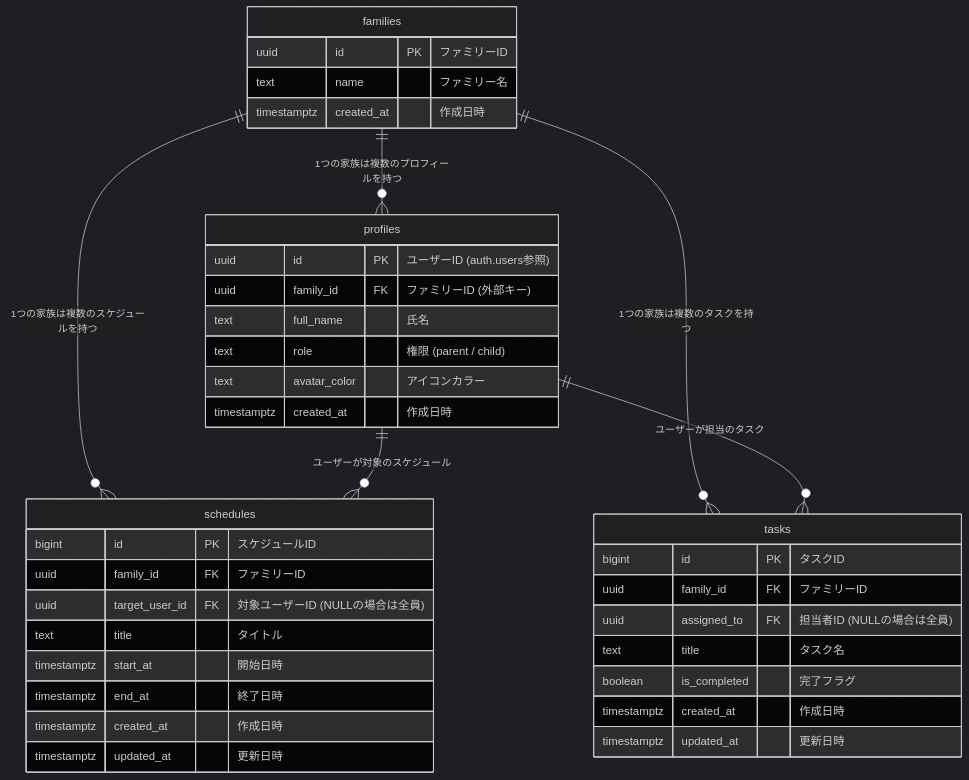
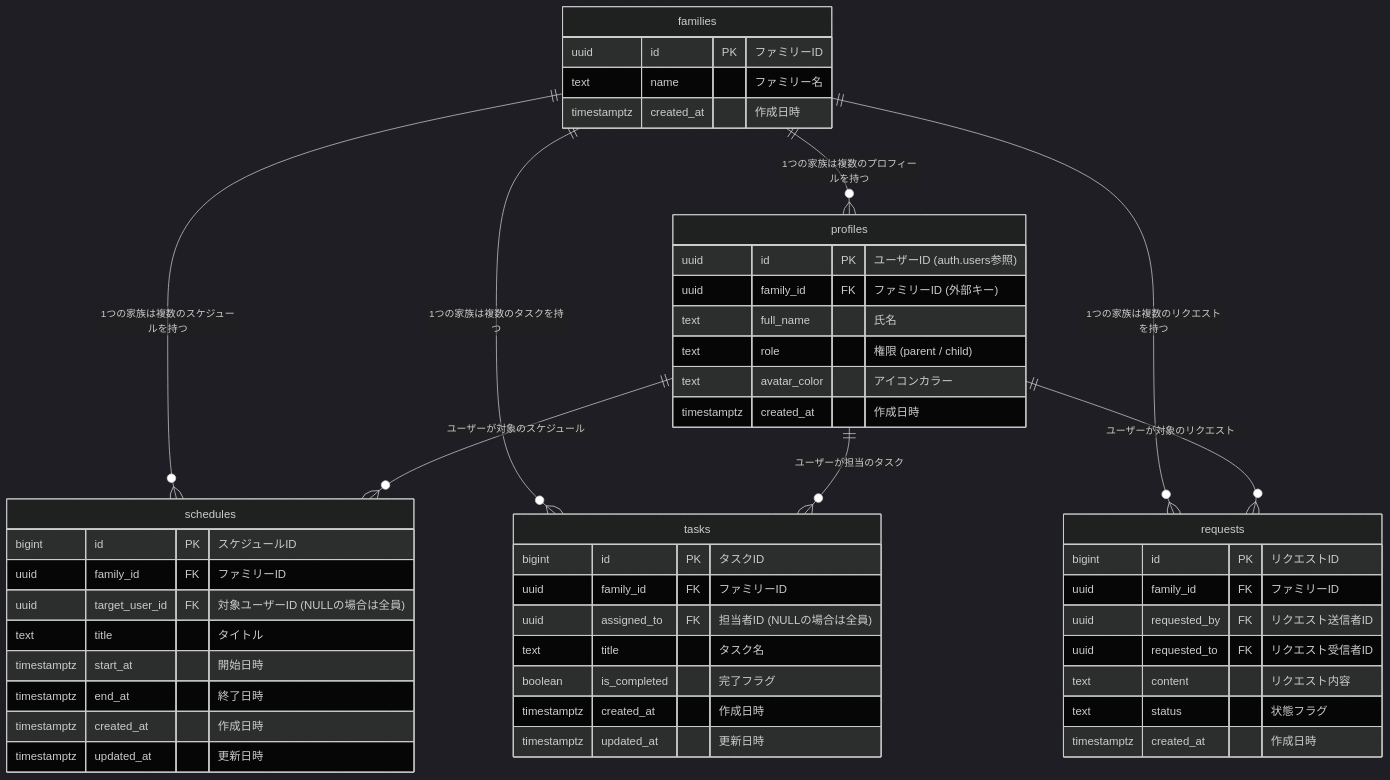
The diagram in README.md (yun-0312/my-time), drawn with Mermaid (dark theme) before and after one commit. The commit also changed other lines of this file and 1 other file, not shown here.

Commit message:
ReadMe修正

````diff
--- a/README.md
+++ b/README.md
@@ -81,46 +81,58 @@
 ```mermaid
 erDiagram
 
 families {
         uuid id PK "ファミリーID"
         text name "ファミリー名"
         timestamptz created_at "作成日時"
     }
 
     profiles {
         uuid id PK "ユーザーID (auth.users参照)"
         uuid family_id FK "ファミリーID (外部キー)"
         text full_name "氏名"
         text role "権限 (parent / child)"
         text avatar_color "アイコンカラー"
         timestamptz created_at "作成日時"
     }
 
     schedules {
         bigint id PK "スケジュールID"
         uuid family_id FK "ファミリーID"
         uuid target_user_id FK "対象ユーザーID (NULLの場合は全員)"
         text title "タイトル"
         timestamptz start_at "開始日時"
         timestamptz end_at "終了日時"
         timestamptz created_at "作成日時"
         timestamptz updated_at "更新日時"
     }
 
     tasks {
         bigint id PK "タスクID"
         uuid family_id FK "ファミリーID"
         uuid assigned_to FK "担当者ID (NULLの場合は全員)"
         text title "タスク名"
         boolean is_completed "完了フラグ"
         timestamptz created_at "作成日時"
         timestamptz updated_at "更新日時"
     }
 
+    requests {
+      bigint id PK "リクエストID"
+      uuid family_id FK "ファミリーID"
+      uuid requested_by FK "リクエスト送信者ID"
+      uuid requested_to FK "リクエスト受信者ID"
+      text content "リクエスト内容"
+      text status "状態フラグ"
+      timestamptz created_at "作成日時"
+    }
+
     %% リレーション定義
     families ||--o{ profiles : "1つの家族は複数のプロフィールを持つ"
     families ||--o{ schedules : "1つの家族は複数のスケジュールを持つ"
     families ||--o{ tasks : "1つの家族は複数のタスクを持つ"
+    families ||--o{ requests : "1つの家族は複数のリクエストを持つ"
     profiles ||--o{ schedules : "ユーザーが対象のスケジュール"
     profiles ||--o{ tasks : "ユーザーが担当のタスク"
+    profiles ||--o{ requests : "ユーザーが対象のリクエスト"
 ```
````
